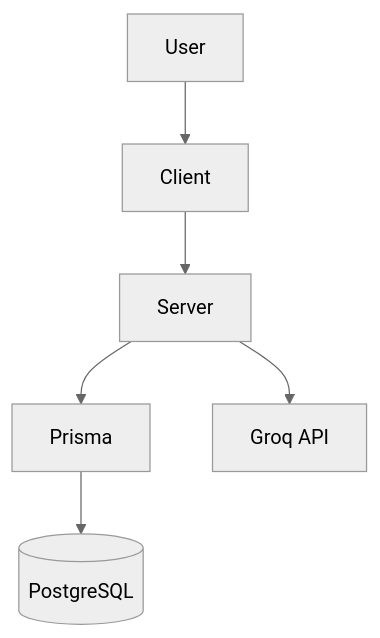
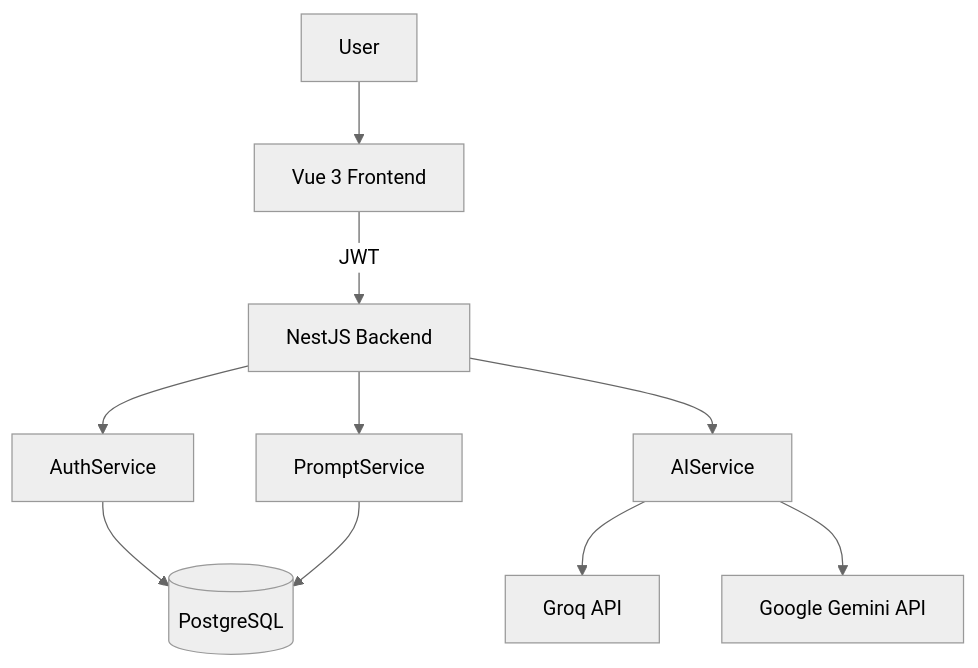
One commit to kvarun999/PROMPT-FORGE changed the diagram in README.md. Above: the diagram before and after it, drawn with Mermaid (neutral theme). The commit also changed other lines of this file, not shown here.

````diff
--- a/README.md
+++ b/README.md
@@ -134,8 +141,14 @@
 ```mermaid
 graph TD
-    User --> Client
-    Client --> Server
-    Server --> Prisma
-    Prisma --> DB[(PostgreSQL)]
-    Server --> AI[Groq API]
+    User --> Client[Vue 3 Frontend]
+    Client -->|JWT| Server[NestJS Backend]
+
+    Server --> AuthService
+    Server --> PromptService
+    Server --> AIService
+
+    AuthService --> DB[(PostgreSQL)]
+    PromptService --> DB
+    AIService --> Groq[Groq API]
+    AIService --> Gemini[Google Gemini API]
 ```
````
